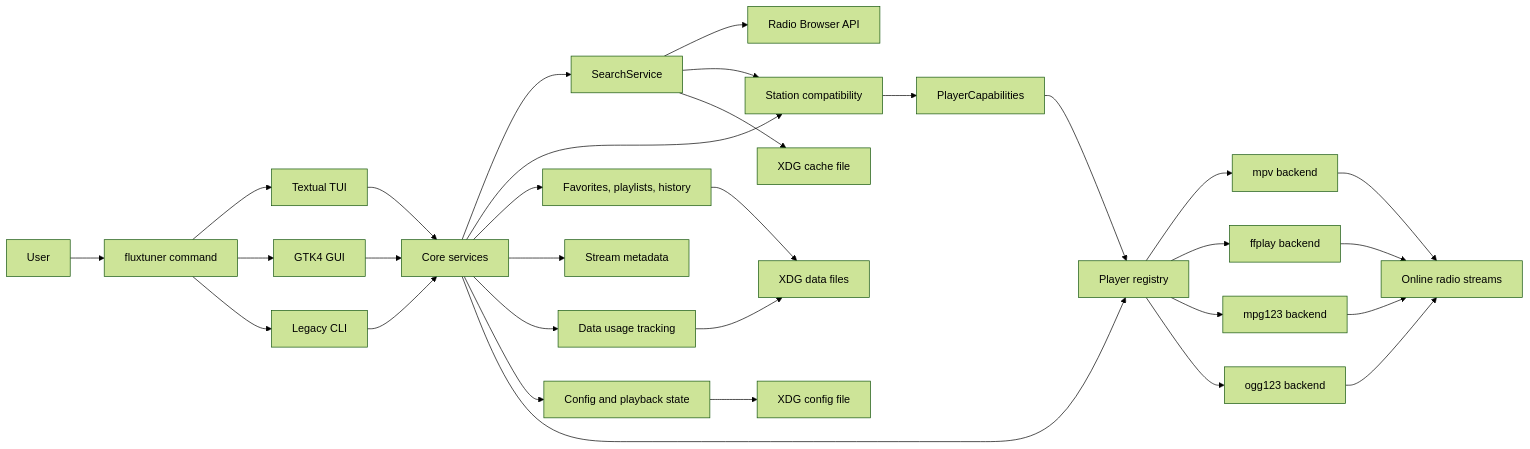
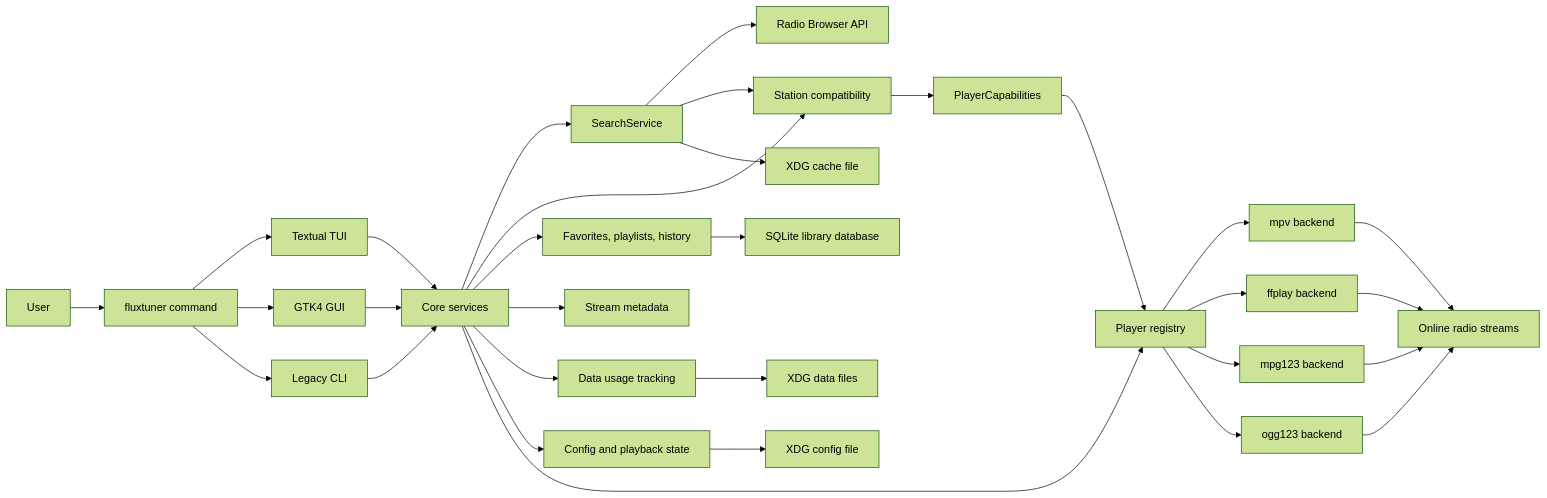
The first of 2 diagrams in docs/architecture.md (pitill0/fluxtuner), drawn with Mermaid (forest theme) before and after one commit. The commit also changed other lines of this file and 4 other files, not shown here.

Commit message:
Document SQLite library storage

````diff
--- a/docs/architecture.md
+++ b/docs/architecture.md
@@ -7,38 +7,38 @@
 ```mermaid
 flowchart LR
     User["User"] --> Entry["fluxtuner command"]
     Entry --> TUI["Textual TUI"]
     Entry --> GUI["GTK4 GUI"]
     Entry --> CLI["Legacy CLI"]
 
     TUI --> Services["Core services"]
     GUI --> Services
     CLI --> Services
 
     Services --> Search["SearchService"]
     Services --> Compatibility["Station compatibility"]
     Services --> Library["Favorites, playlists, history"]
     Services --> Metadata["Stream metadata"]
     Services --> Usage["Data usage tracking"]
     Services --> Config["Config and playback state"]
     Services --> PlayerRegistry["Player registry"]
 
     Search --> RadioBrowser["Radio Browser API"]
     Search --> Compatibility
     Compatibility --> Capabilities["PlayerCapabilities"]
     Capabilities --> PlayerRegistry
 
     PlayerRegistry --> MPV["mpv backend"]
     PlayerRegistry --> FFPLAY["ffplay backend"]
     PlayerRegistry --> MPG123["mpg123 backend"]
     PlayerRegistry --> OGG123["ogg123 backend"]
     MPV --> Streams["Online radio streams"]
     FFPLAY --> Streams
     MPG123 --> Streams
     OGG123 --> Streams
 
-    Library --> DataStorage["XDG data files"]
-    Usage --> DataStorage
+    Library --> LibraryDB["SQLite library database"]
+    Usage --> DataStorage["XDG data files"]
     Config --> ConfigStorage["XDG config file"]
     Search --> CacheStorage["XDG cache file"]
 ```
````
